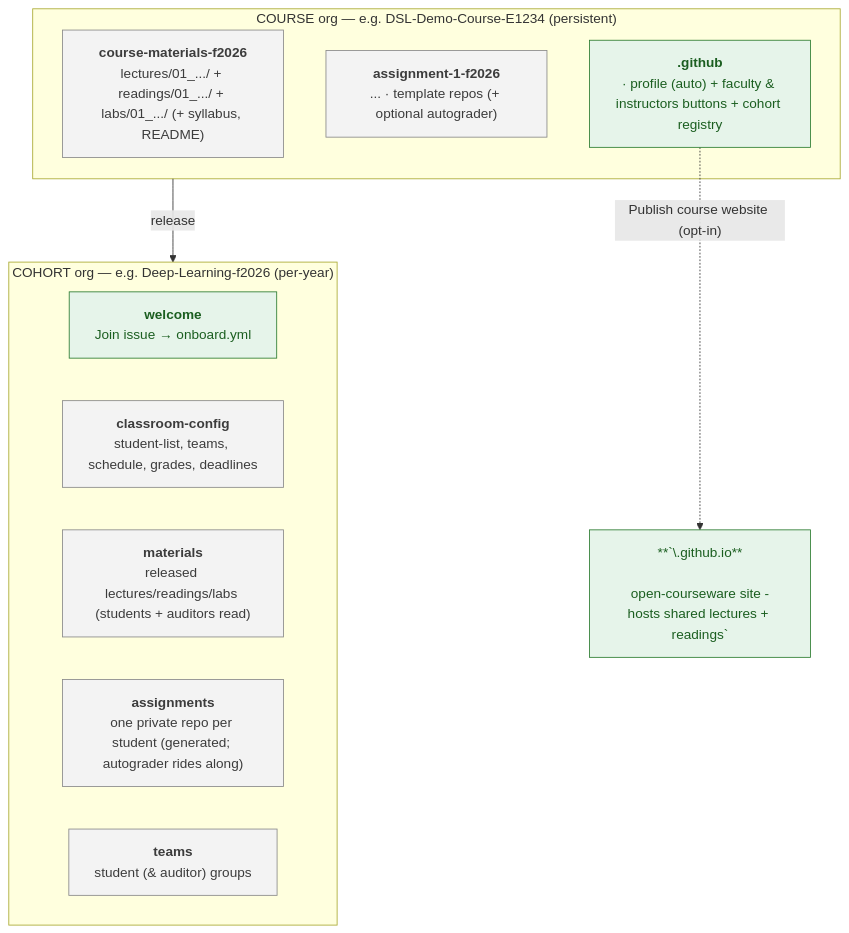
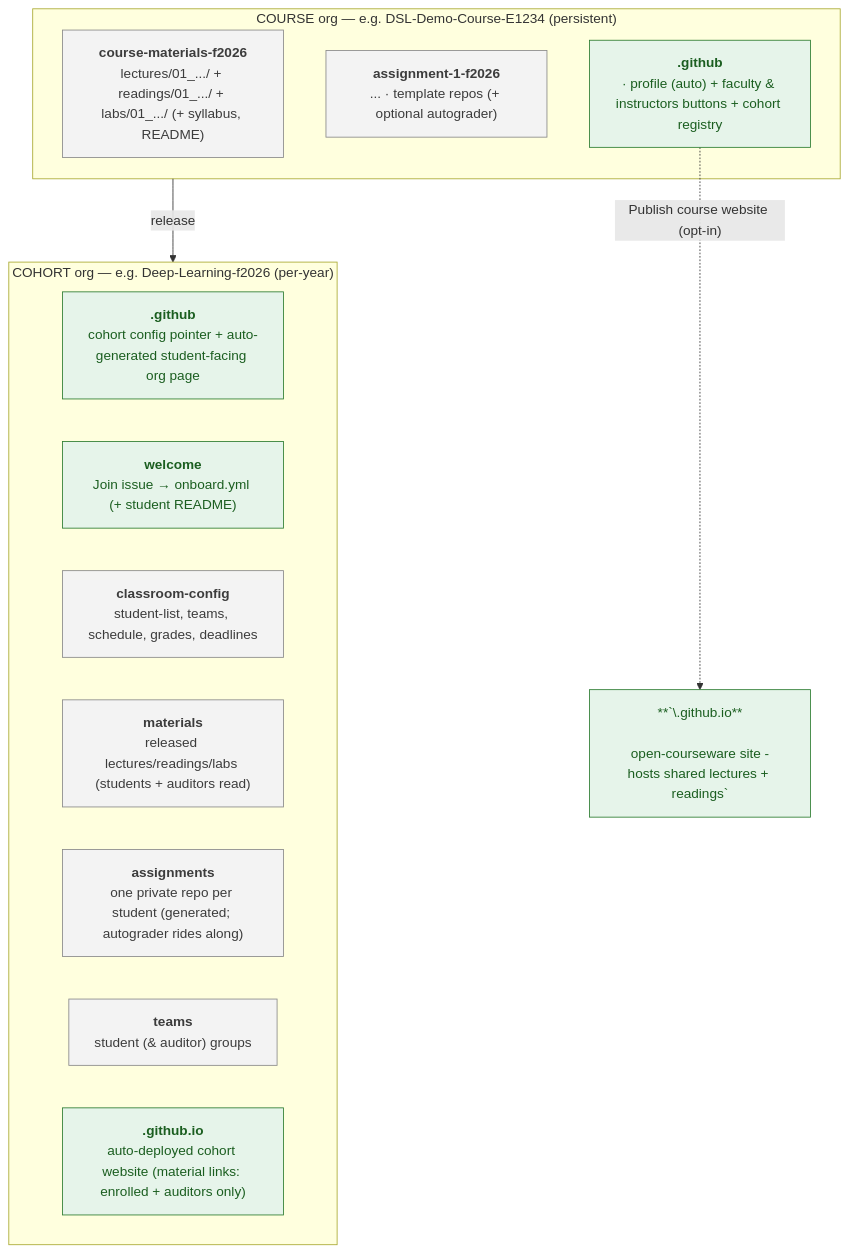
One commit to hertie-data-science-lab/dsl-teaching-course-setup changed the diagram in README.md. Above: the diagram before and after it, drawn with Mermaid.

Commit message:
docs(readme): cohort .github and website repos in the model diagram

````diff
--- a/README.md
+++ b/README.md
@@ -52,44 +52,50 @@
 ```mermaid
 flowchart TB
   subgraph COURSE["COURSE org — e.g. DSL-Demo-Course-E1234 (persistent)"]
     mat["`**course-materials-f2026**
 
 lectures/01_.../ + readings/01_.../ + labs/01_.../ (+ syllabus, README)`"]
     tmpl["`**assignment-1-f2026**
 
 ... · template repos (+ optional autograder)`"]
     gh["`**.github**
 
 · profile (auto) + faculty & instructors buttons + cohort registry`"]
   end
 
   subgraph COHORT["COHORT org — e.g. Deep-Learning-f2026 (per-year)"]
+    cgh["`**.github**
+
+cohort config pointer + auto-generated student-facing org page`"]
     welcome["`**welcome**
 
-Join issue → onboard.yml`"]
+Join issue → onboard.yml (+ student README)`"]
     cfg["`**classroom-config**
 
 student-list, teams, schedule, grades, deadlines`"]
     cmat["`**materials**
 
 released lectures/readings/labs (students + auditors read)`"]
     repos["`**assignments**
 
 one private repo per student (generated; autograder rides along)`"]
     team["`**teams**
 
 student (& auditor) groups`"]
+    site["`**<cohort>.github.io**
+
+auto-deployed cohort website (material links: enrolled + auditors only)`"]
   end
 
   pub["**`\<course-org\>.github.io**
 
  open-courseware site - hosts shared lectures + readings`"]
 
   COURSE -->|"release"| COHORT
   gh -.->|"Publish course website (opt-in)"| pub
 
   classDef public fill:#e6f4ea,stroke:#2e7d32,color:#1b5e20;
   classDef private fill:#f3f3f3,stroke:#8a8a8a,color:#3c3c3c;
-  class gh,welcome,pub public;
+  class gh,cgh,welcome,site,pub public;
   class mat,tmpl,cfg,cmat,repos,team private;
 ```
````
